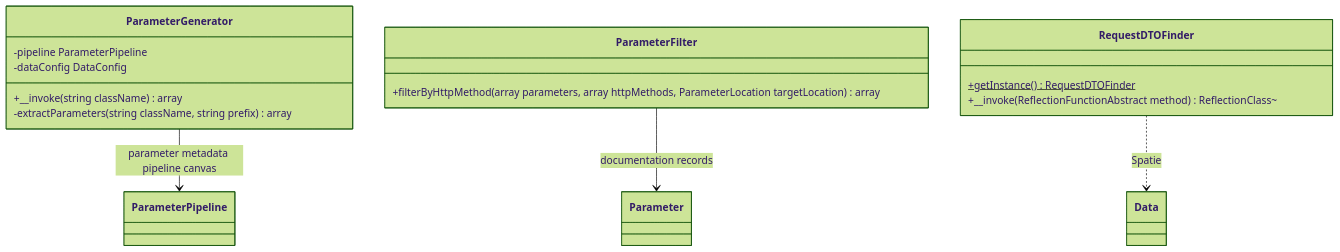
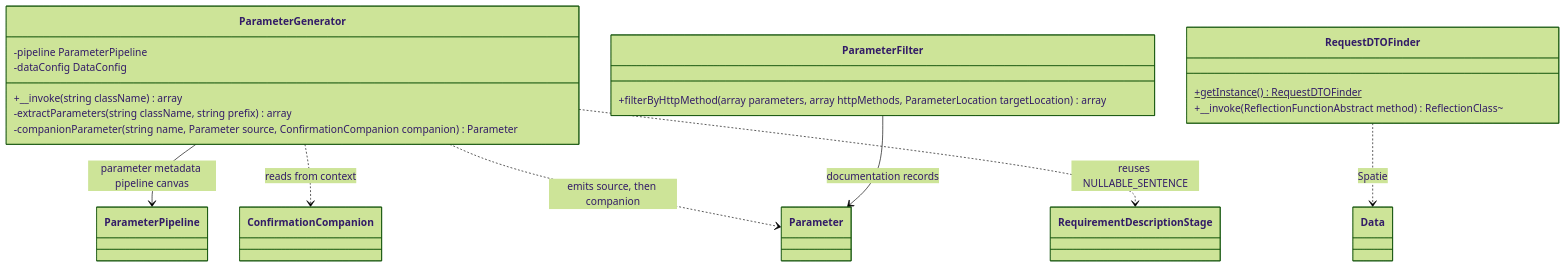
Before and after one commit to abrhadev/laravel-data-docs: the diagram in spdd/prompt/LDD-202608281600-[Canvas]-service-dto-parameter-extraction.md, drawn with Mermaid (forest theme). The commit also changed other lines of this file and 45 other files, not shown here.

````diff
--- a/spdd/prompt/LDD-202608281600-[Canvas]-service-dto-parameter-extraction.md
+++ b/spdd/prompt/LDD-202608281600-[Canvas]-service-dto-parameter-extraction.md
@@ -16,22 +17,26 @@
 ```mermaid
 classDiagram
     class ParameterGenerator {
         -pipeline ParameterPipeline
         -dataConfig DataConfig
         +__invoke(string className) array
         -extractParameters(string className, string prefix) array
+        -companionParameter(string name, Parameter source, ConfirmationCompanion companion) Parameter
     }
 
     class ParameterFilter {
         +filterByHttpMethod(array parameters, array httpMethods, ParameterLocation targetLocation) array
     }
 
     class RequestDTOFinder {
         +getInstance() RequestDTOFinder$
         +__invoke(ReflectionFunctionAbstract method) ReflectionClass~
     }
 
     ParameterGenerator --> ParameterPipeline : parameter metadata pipeline canvas
+    ParameterGenerator ..> ConfirmationCompanion : reads from context
+    ParameterGenerator ..> Parameter : emits source, then companion
+    ParameterGenerator ..> RequirementDescriptionStage : reuses NULLABLE_SENTENCE
     ParameterFilter --> Parameter : documentation records
     RequestDTOFinder ..> Data : Spatie
 ```
````
